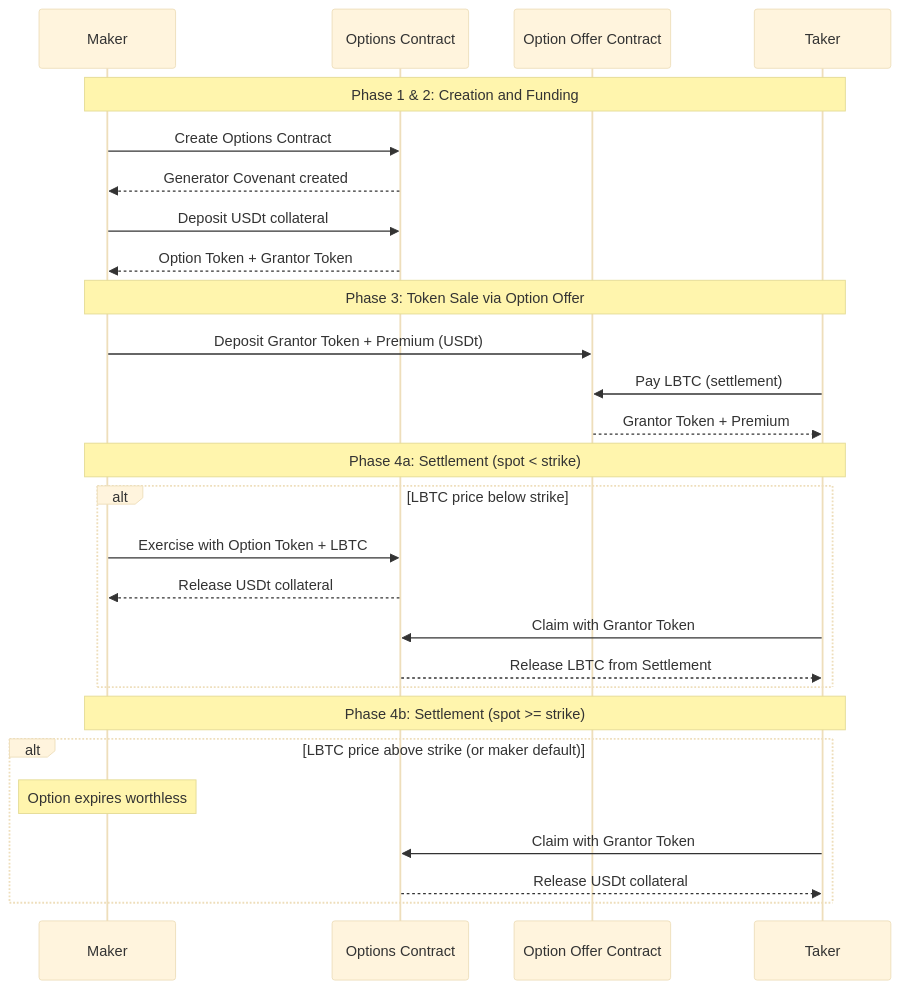
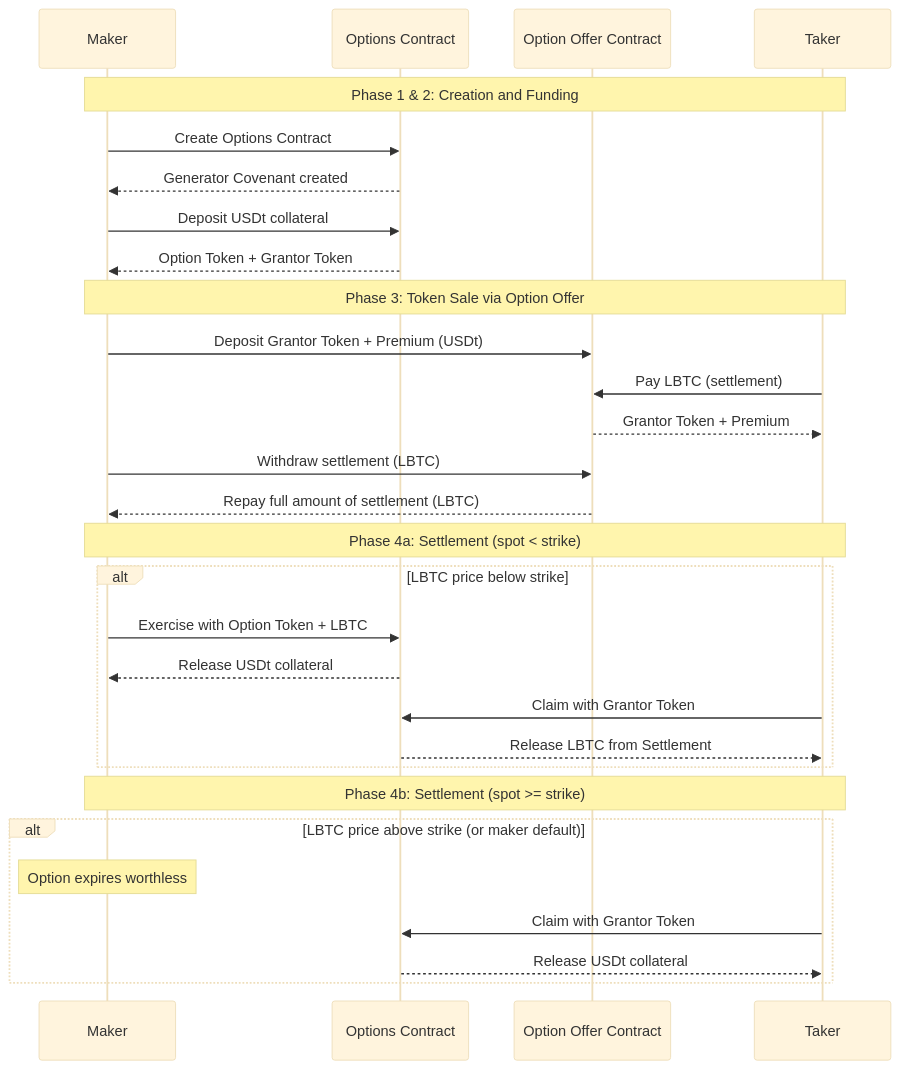
Before and after one commit to BlockstreamResearch/simplicity-lang-org: the diagram in docs/use-cases/simplicity-dex.md, drawn with Mermaid (base theme).

Commit message:
Fix logical error in settlement repayment

````diff
--- a/docs/use-cases/simplicity-dex.md
+++ b/docs/use-cases/simplicity-dex.md
@@ -85,33 +85,35 @@
 ```mermaid
 sequenceDiagram
     participant Maker
     participant Options as Options Contract
     participant OptionOffer as Option Offer Contract
     participant Taker
 
     Note over Maker,Taker: Phase 1 & 2: Creation and Funding
     Maker->>Options: Create Options Contract
     Options-->>Maker: Generator Covenant created
     Maker->>Options: Deposit USDt collateral
     Options-->>Maker: Option Token + Grantor Token
 
     Note over Maker,Taker: Phase 3: Token Sale via Option Offer
     Maker->>OptionOffer: Deposit Grantor Token + Premium (USDt)
     Taker->>OptionOffer: Pay LBTC (settlement)
     OptionOffer-->>Taker: Grantor Token + Premium
+    Maker->>OptionOffer: Withdraw settlement (LBTC)
+    OptionOffer-->>Maker: Repay full amount of settlement (LBTC)
 
     Note over Maker,Taker: Phase 4a: Settlement (spot < strike)
     alt LBTC price below strike
         Maker->>Options: Exercise with Option Token + LBTC
         Options-->>Maker: Release USDt collateral
         Taker->>Options: Claim with Grantor Token
         Options-->>Taker: Release LBTC from Settlement
     end
 
     Note over Maker,Taker: Phase 4b: Settlement (spot >= strike)
     alt LBTC price above strike (or maker default)
         Note over Maker: Option expires worthless
         Taker->>Options: Claim with Grantor Token
         Options-->>Taker: Release USDt collateral
     end
 ```
````
